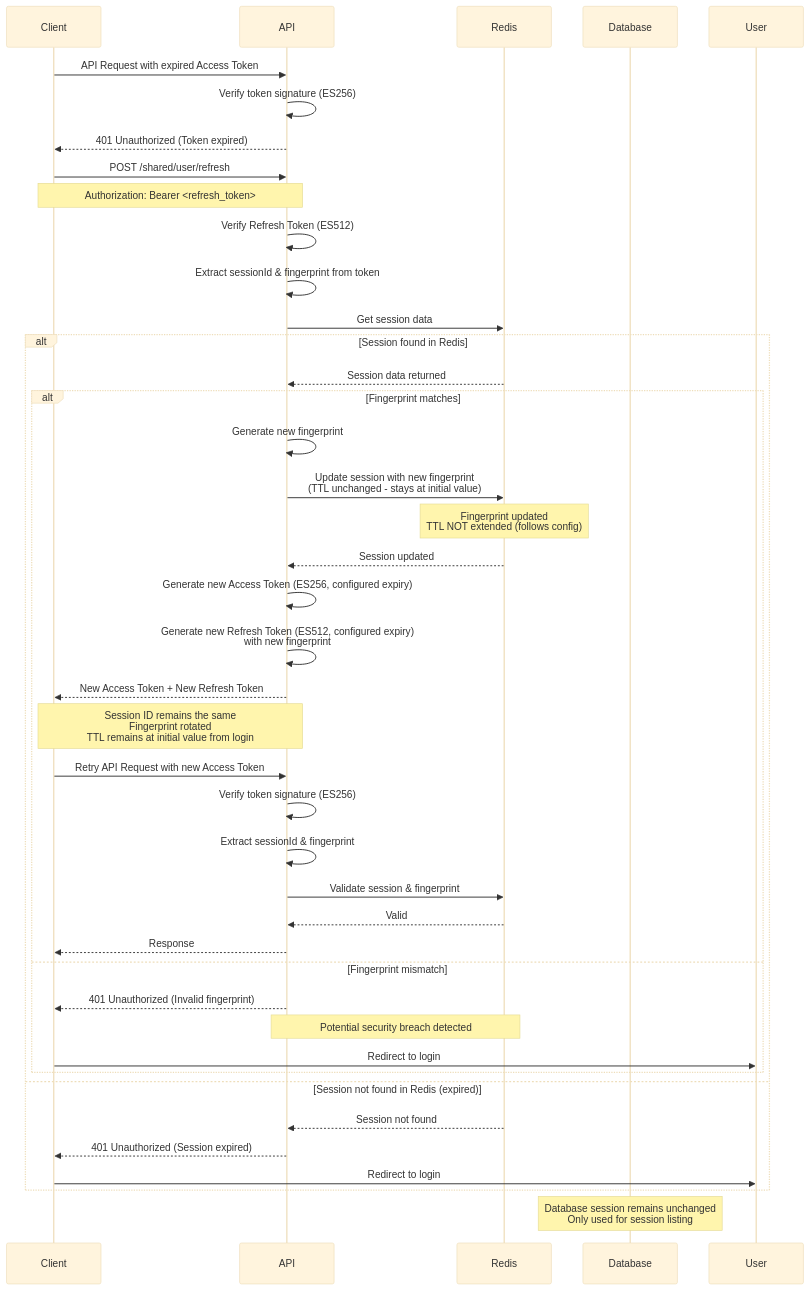
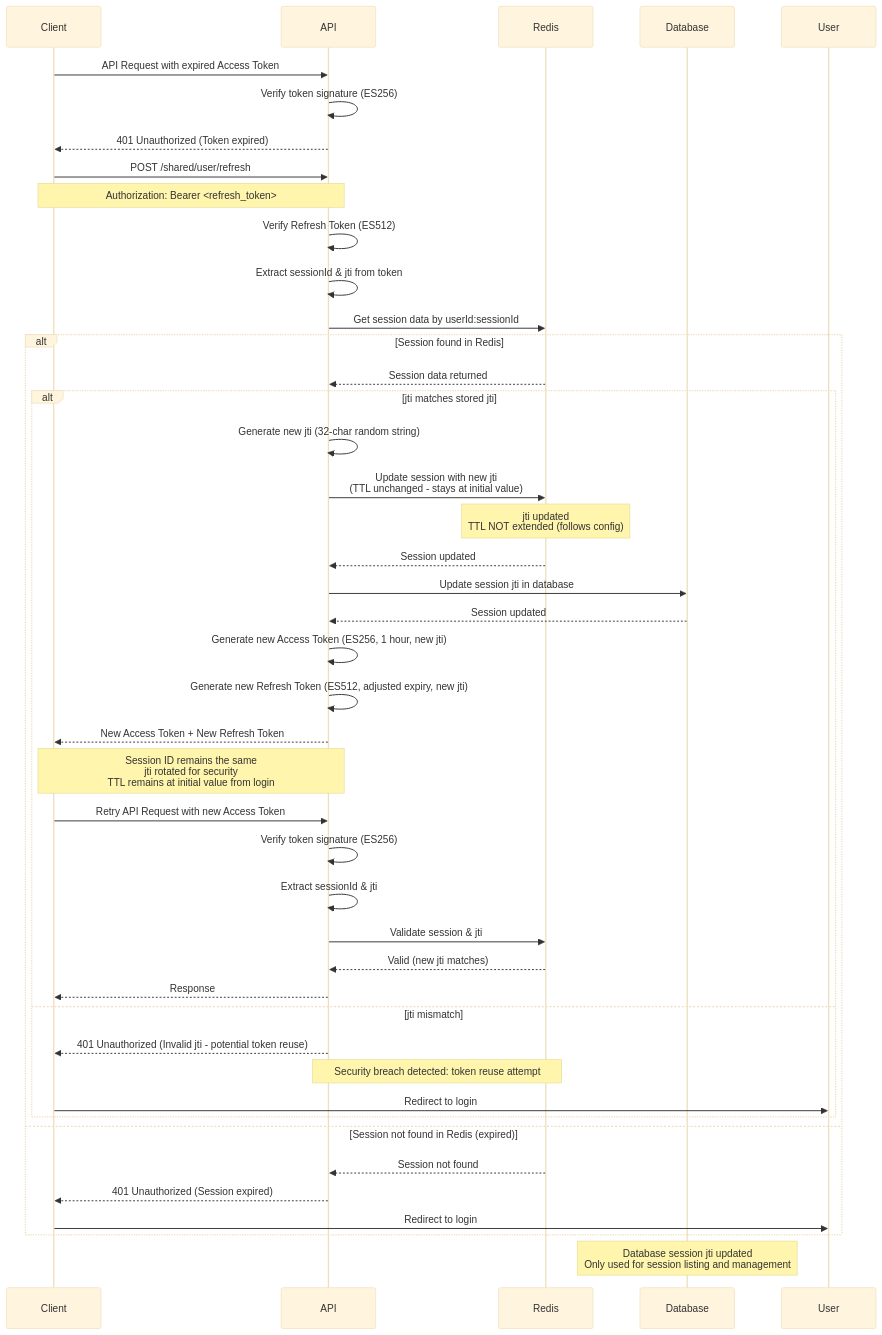
One commit to fedi-dayeg/complete-nestjs-boilerplate changed the third of 7 diagrams in docs/authentication.md. Above: the diagram before and after it, drawn with Mermaid (base theme). The commit also changed other lines of this file, not shown here.

````diff
--- a/docs/authentication.md
+++ b/docs/authentication.md
@@ -281,56 +279,59 @@
 ```mermaid
 sequenceDiagram
     participant Client
     participant API
     participant Redis
     participant Database
 
     Client->>API: API Request with expired Access Token
     API->>API: Verify token signature (ES256)
     API-->>Client: 401 Unauthorized (Token expired)
     
     Client->>API: POST /shared/user/refresh
     Note over Client,API: Authorization: Bearer <refresh_token>
     
     API->>API: Verify Refresh Token (ES512)
-    API->>API: Extract sessionId & fingerprint from token
-    
-    API->>Redis: Get session data
+    API->>API: Extract sessionId & jti from token
+
+    API->>Redis: Get session data by userId:sessionId
     
     alt Session found in Redis
         Redis-->>API: Session data returned
-        
-        alt Fingerprint matches
-            API->>API: Generate new fingerprint
-            
-            API->>Redis: Update session with new fingerprint<br/>(TTL unchanged - stays at initial value)
-            Note over Redis: Fingerprint updated<br/>TTL NOT extended (follows config)
+
+        alt jti matches stored jti
+            API->>API: Generate new jti (32-char random string)
+
+            API->>Redis: Update session with new jti<br/>(TTL unchanged - stays at initial value)
+            Note over Redis: jti updated<br/>TTL NOT extended (follows config)
             Redis-->>API: Session updated
-            
-            API->>API: Generate new Access Token (ES256, configured expiry)
-            API->>API: Generate new Refresh Token (ES512, configured expiry)<br/>with new fingerprint
+
+            API->>Database: Update session jti in database
+            Database-->>API: Session updated
+
+            API->>API: Generate new Access Token (ES256, 1 hour, new jti)
+            API->>API: Generate new Refresh Token (ES512, adjusted expiry, new jti)
             
             API-->>Client: New Access Token + New Refresh Token
-            Note over Client,API: Session ID remains the same<br/>Fingerprint rotated<br/>TTL remains at initial value from login
+            Note over Client,API: Session ID remains the same<br/>jti rotated for security<br/>TTL remains at initial value from login
             
             Client->>API: Retry API Request with new Access Token
             API->>API: Verify token signature (ES256)
-            API->>API: Extract sessionId & fingerprint
-            API->>Redis: Validate session & fingerprint
-            Redis-->>API: Valid
+            API->>API: Extract sessionId & jti
+            API->>Redis: Validate session & jti
+            Redis-->>API: Valid (new jti matches)
             API-->>Client: Response
-            
-        else Fingerprint mismatch
-            API-->>Client: 401 Unauthorized (Invalid fingerprint)
-            Note over API,Redis: Potential security breach detected
+
+        else jti mismatch
+            API-->>Client: 401 Unauthorized (Invalid jti - potential token reuse)
+            Note over API,Redis: Security breach detected: token reuse attempt
             Client->>User: Redirect to login
         end
         
     else Session not found in Redis (expired)
         Redis-->>API: Session not found
         API-->>Client: 401 Unauthorized (Session expired)
         Client->>User: Redirect to login
     end
-    
-    Note over Database: Database session remains unchanged<br/>Only used for session listing
+
+    Note over Database: Database session jti updated<br/>Only used for session listing and management
 ```
````
